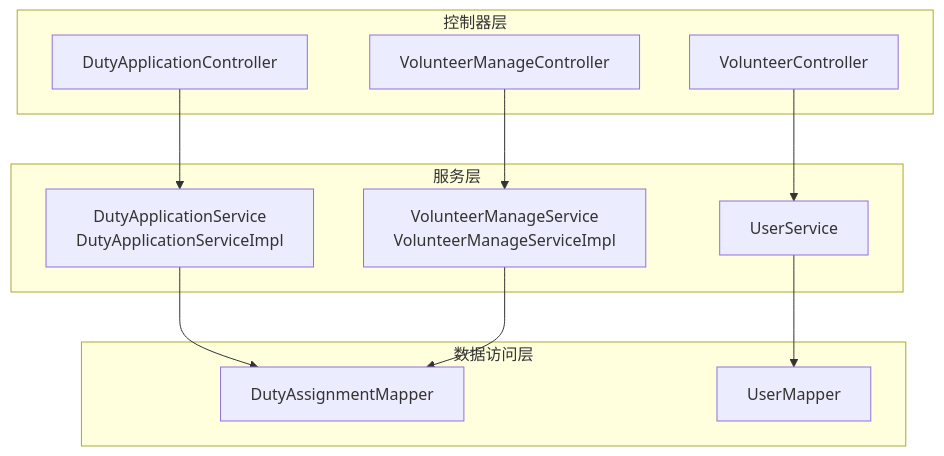
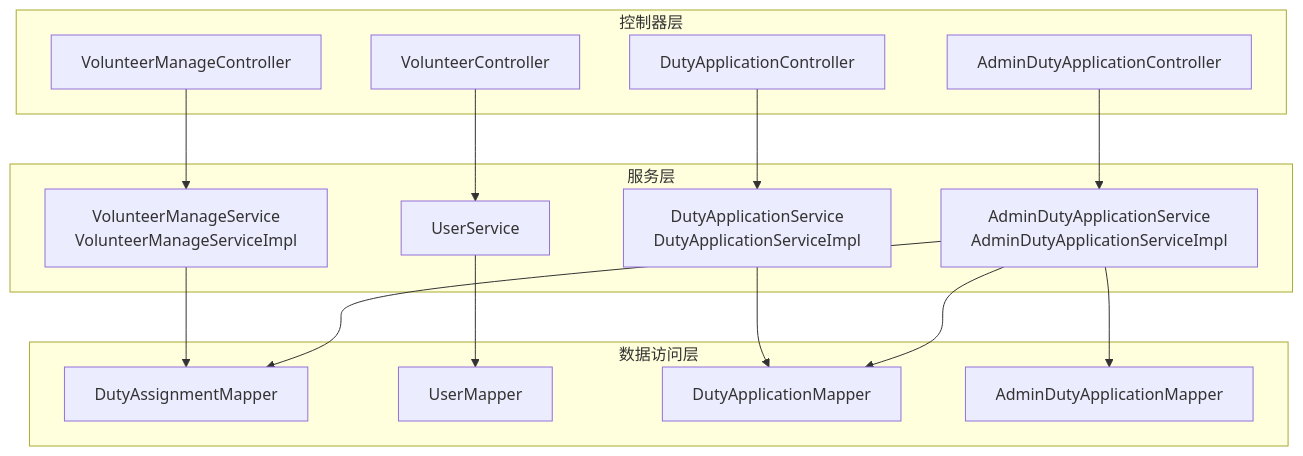
One commit to gaozihaowin/- changed the first of 11 diagrams in .qoder/repowiki/zh/content/志愿者管理模块/志愿者职责管理.md. Above: the diagram before and after it, drawn with Mermaid. The commit also changed other lines of this file and 9 other files, not shown here.

````diff
--- a/.qoder/repowiki/zh/content/志愿者管理模块/志愿者职责管理.md
+++ b/.qoder/repowiki/zh/content/志愿者管理模块/志愿者职责管理.md
@@ -44,23 +64,31 @@
 ```mermaid
 graph TB
 subgraph "控制器层"
 C1["DutyApplicationController"]
 C2["VolunteerController"]
 C3["VolunteerManageController"]
+C4["AdminDutyApplicationController"]
 end
 subgraph "服务层"
 S1["DutyApplicationService<br/>DutyApplicationServiceImpl"]
 S2["VolunteerManageService<br/>VolunteerManageServiceImpl"]
 S3["UserService"]
+S4["AdminDutyApplicationService<br/>AdminDutyApplicationServiceImpl"]
 end
 subgraph "数据访问层"
 M1["DutyAssignmentMapper"]
 M2["UserMapper"]
+M3["DutyApplicationMapper"]
+M4["AdminDutyApplicationMapper"]
 end
 C1 --> S1
 C2 --> S3
 C3 --> S2
-S1 --> M1
+C4 --> S4
+S1 --> M3
 S2 --> M1
 S3 --> M2
+S4 --> M3
+S4 --> M1
+S4 --> M4
 ```
````
